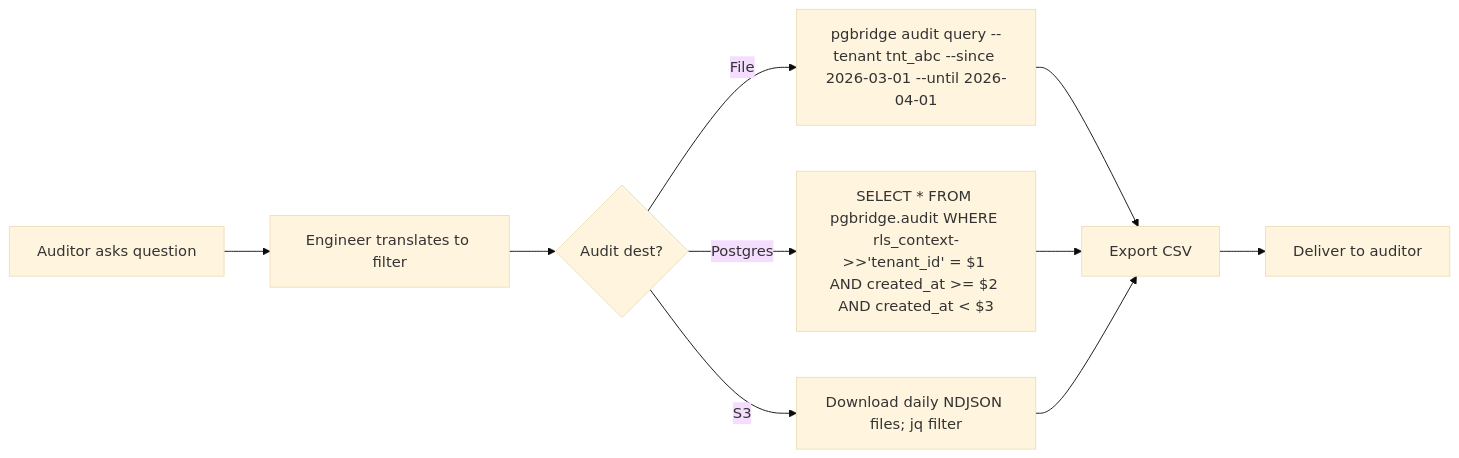
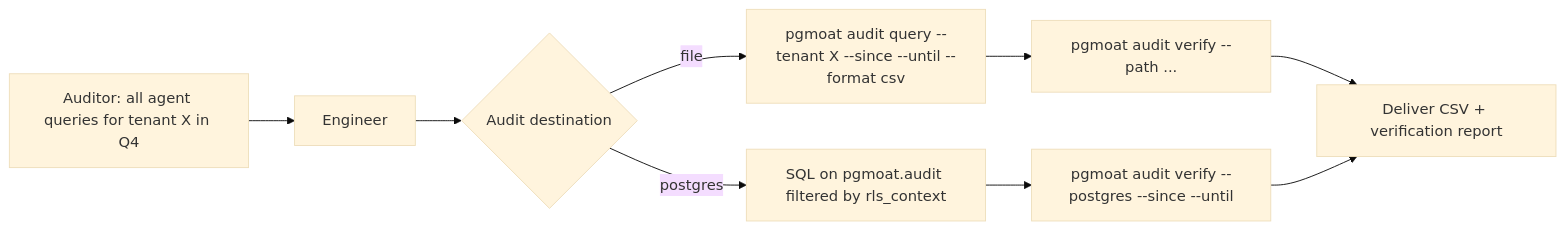
The fifth of 14 diagrams in pgmoat-appflow.md (Kitalon-Labs-LLC/pgmoat), drawn with Mermaid (base theme) before and after one commit. The commit also changed other lines of this file and 11 other files, not shown here.

````diff
--- a/pgmoat-appflow.md
+++ b/pgmoat-appflow.md
@@ -138,12 +121,11 @@
 ```mermaid
 flowchart LR
-    Ask[Auditor asks question] --> Engineer[Engineer translates to filter]
-    Engineer --> Choose{Audit dest?}
-    Choose -- File --> CLI1[pgbridge audit query --tenant tnt_abc --since 2026-03-01 --until 2026-04-01]
-    Choose -- Postgres --> SQL[SELECT * FROM pgbridge.audit WHERE rls_context->>'tenant_id' = $1 AND created_at >= $2 AND created_at < $3]
-    Choose -- S3 --> S3Query[Download daily NDJSON files; jq filter]
-    CLI1 --> Export[Export CSV]
-    SQL --> Export
-    S3Query --> Export
-    Export --> Deliver[Deliver to auditor]
+    Q[Auditor: all agent queries for tenant X in Q4] --> E[Engineer]
+    E --> D{Audit destination}
+    D -- file --> F[pgmoat audit query --tenant X --since --until --format csv]
+    D -- postgres --> P[SQL on pgmoat.audit filtered by rls_context]
+    F --> V[pgmoat audit verify --path ...]
+    P --> V2[pgmoat audit verify --postgres --since --until]
+    V --> R[Deliver CSV + verification report]
+    V2 --> R
 ```
````
